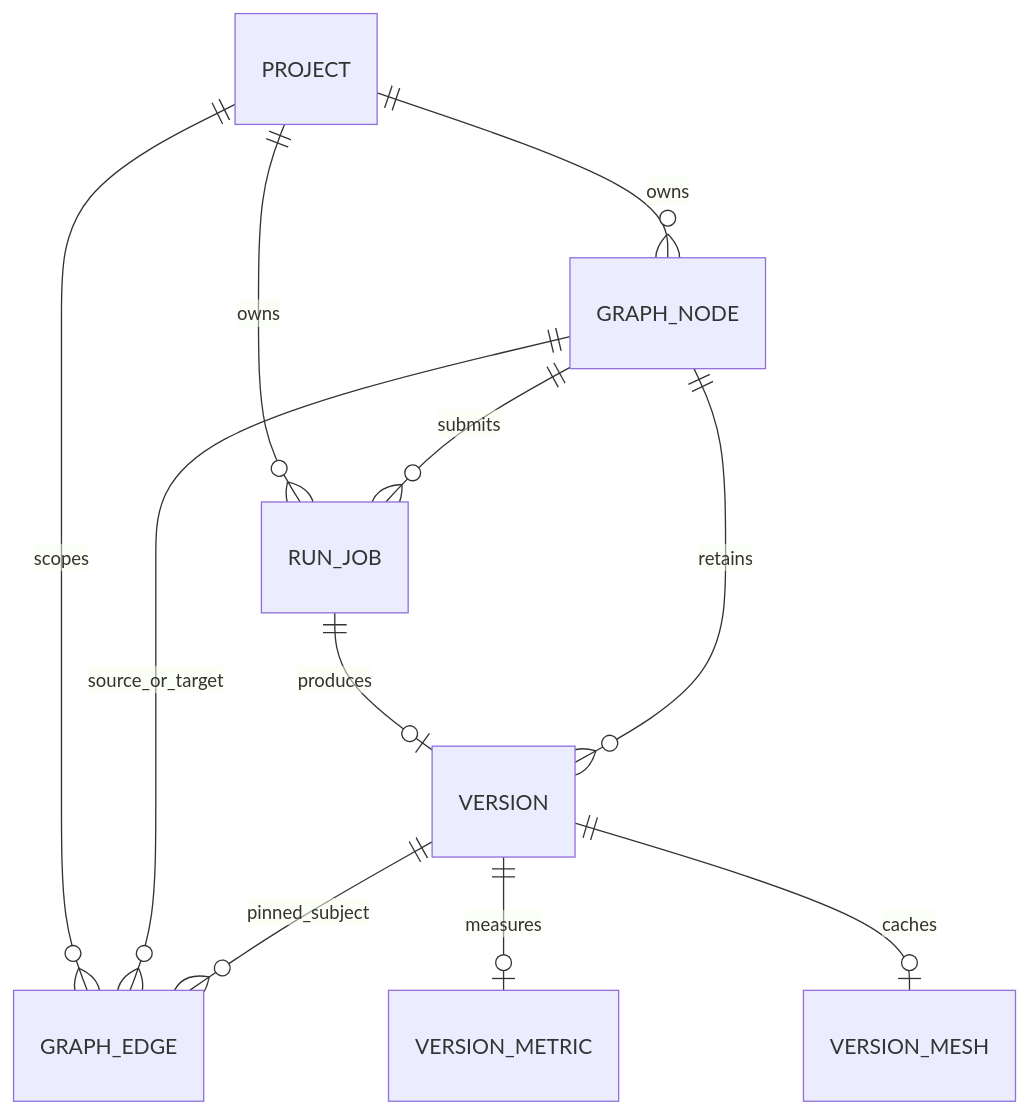
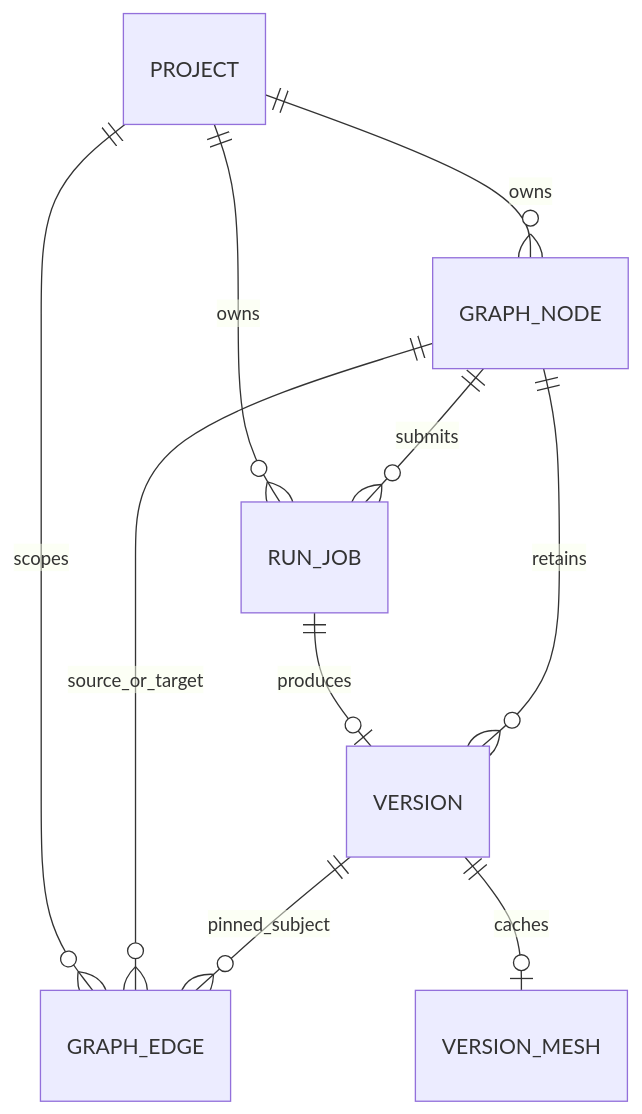
The second of 3 diagrams in architecture.md (ericpungholee/clai-ai), drawn with Mermaid before and after one commit. The commit also changed other lines of this file and 65 other files, not shown here.

````diff
--- a/architecture.md
+++ b/architecture.md
@@ -52,13 +52,12 @@
 ```mermaid
 erDiagram
     PROJECT ||--o{ GRAPH_NODE : owns
     PROJECT ||--o{ GRAPH_EDGE : scopes
     PROJECT ||--o{ RUN_JOB : owns
     GRAPH_NODE ||--o{ RUN_JOB : submits
     RUN_JOB ||--o| VERSION : produces
     GRAPH_NODE ||--o{ VERSION : retains
     GRAPH_NODE ||--o{ GRAPH_EDGE : source_or_target
     VERSION ||--o{ GRAPH_EDGE : pinned_subject
-    VERSION ||--o| VERSION_METRIC : measures
     VERSION ||--o| VERSION_MESH : caches
 ```
````
